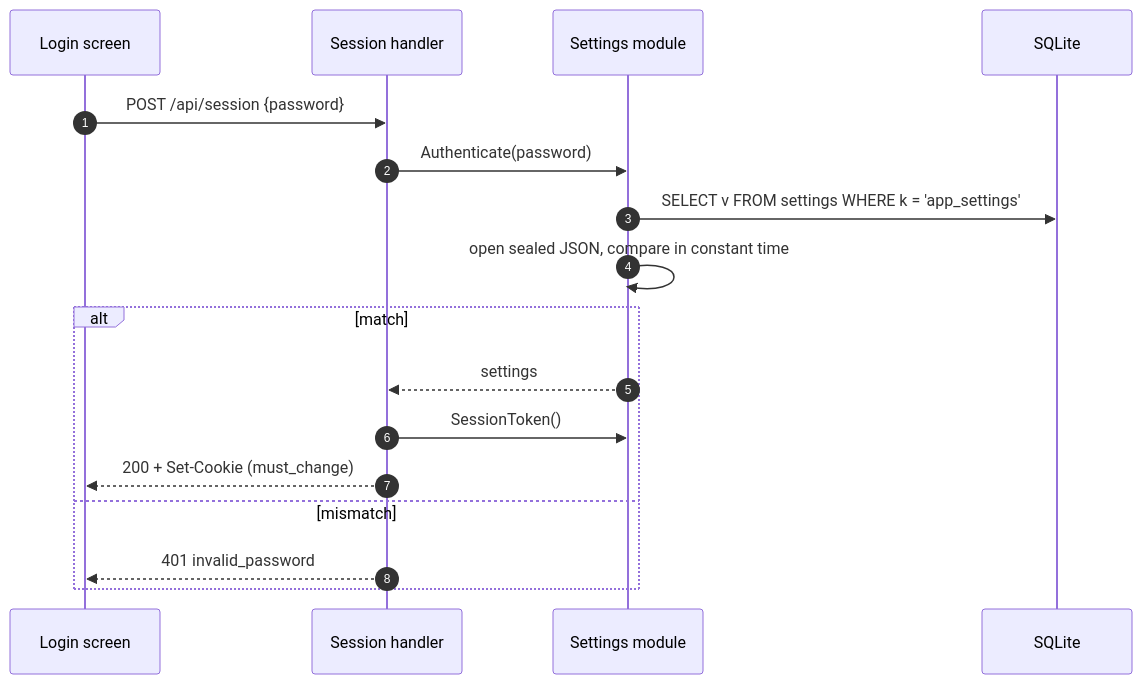
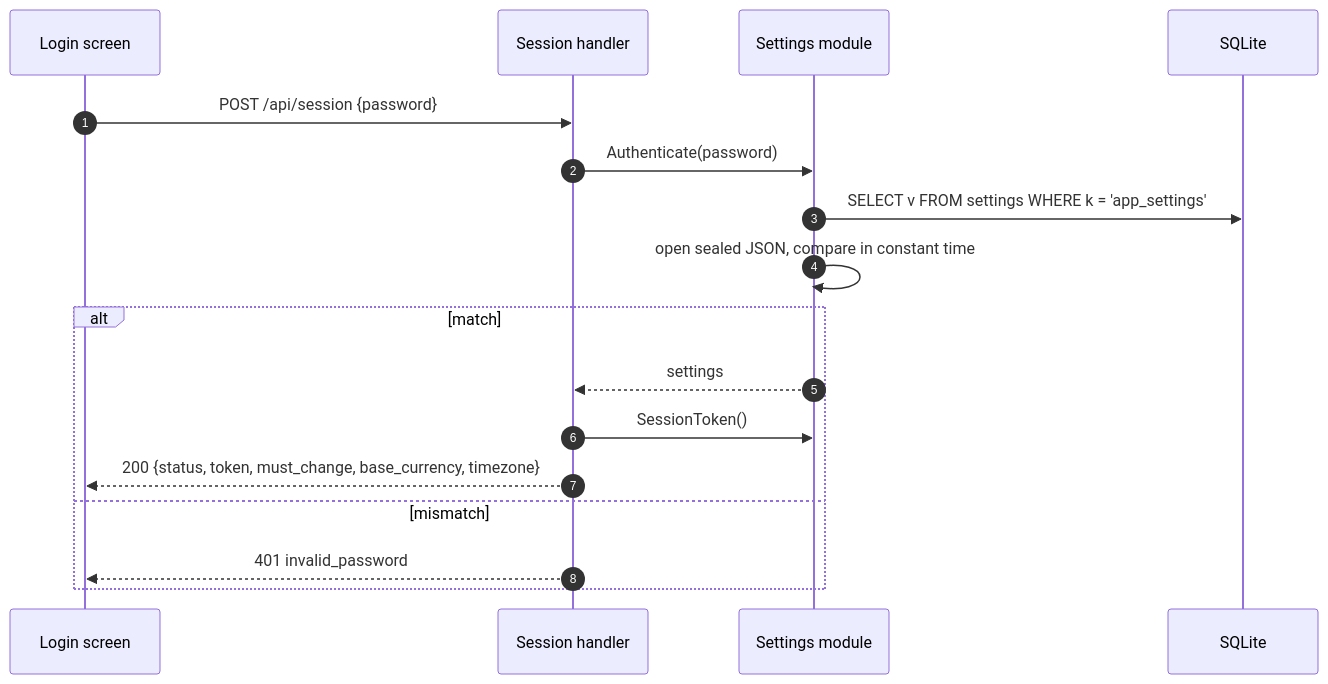
One commit to dimasbaguspm/spenicle changed the diagram in docs/endpoints/POST_api_session.md. Above: the diagram before and after it, drawn with Mermaid. The commit also changed other lines of this file and 50 other files, not shown here.

````diff
--- a/docs/endpoints/POST_api_session.md
+++ b/docs/endpoints/POST_api_session.md
@@ -57,19 +56,19 @@
 ```mermaid
 sequenceDiagram
     autonumber
     participant UI as Login screen
     participant H as Session handler
     participant S as Settings module
     participant DB as SQLite
     UI->>H: POST /api/session {password}
     H->>S: Authenticate(password)
     S->>DB: SELECT v FROM settings WHERE k = 'app_settings'
     S->>S: open sealed JSON, compare in constant time
     alt match
         S-->>H: settings
         H->>S: SessionToken()
-        H-->>UI: 200 + Set-Cookie (must_change)
+        H-->>UI: 200 {status, token, must_change, base_currency, timezone}
     else mismatch
         H-->>UI: 401 invalid_password
     end
 ```
````
